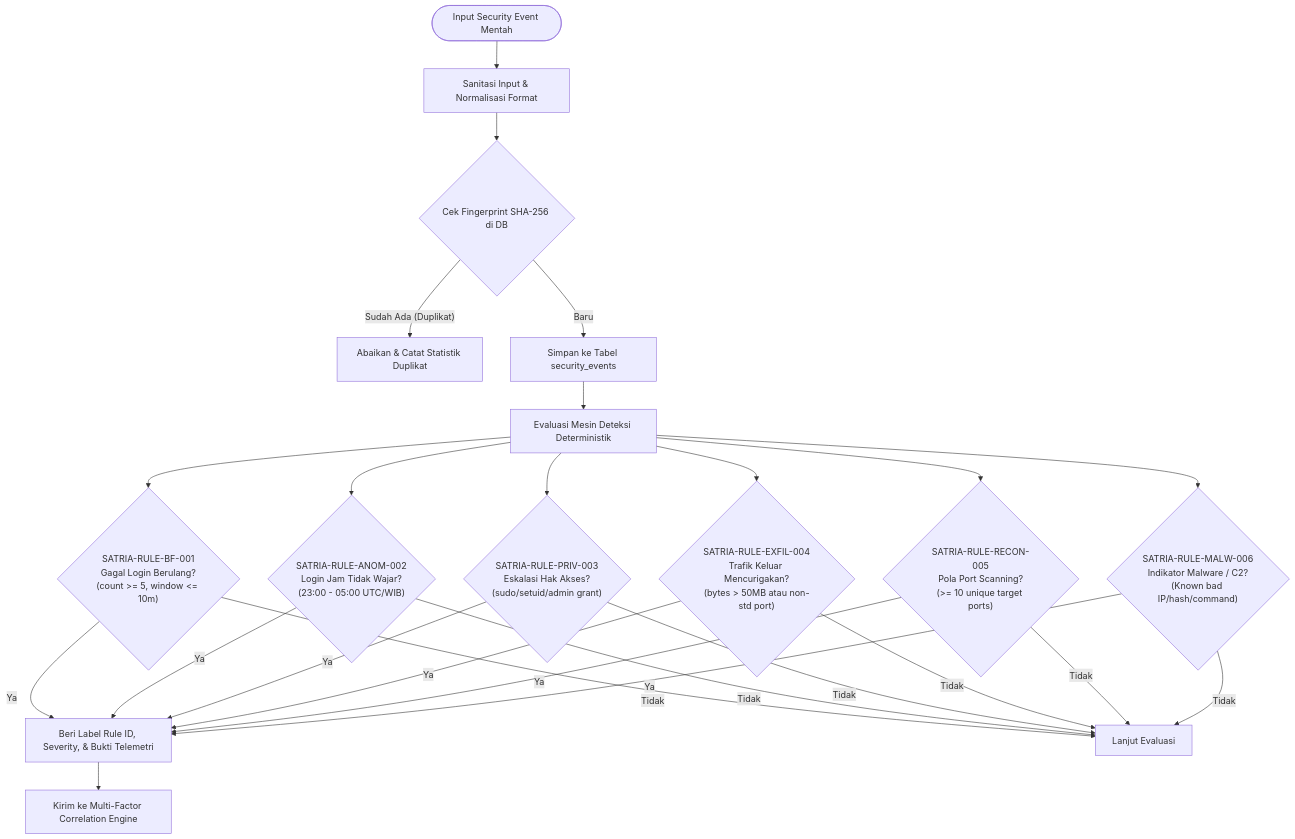
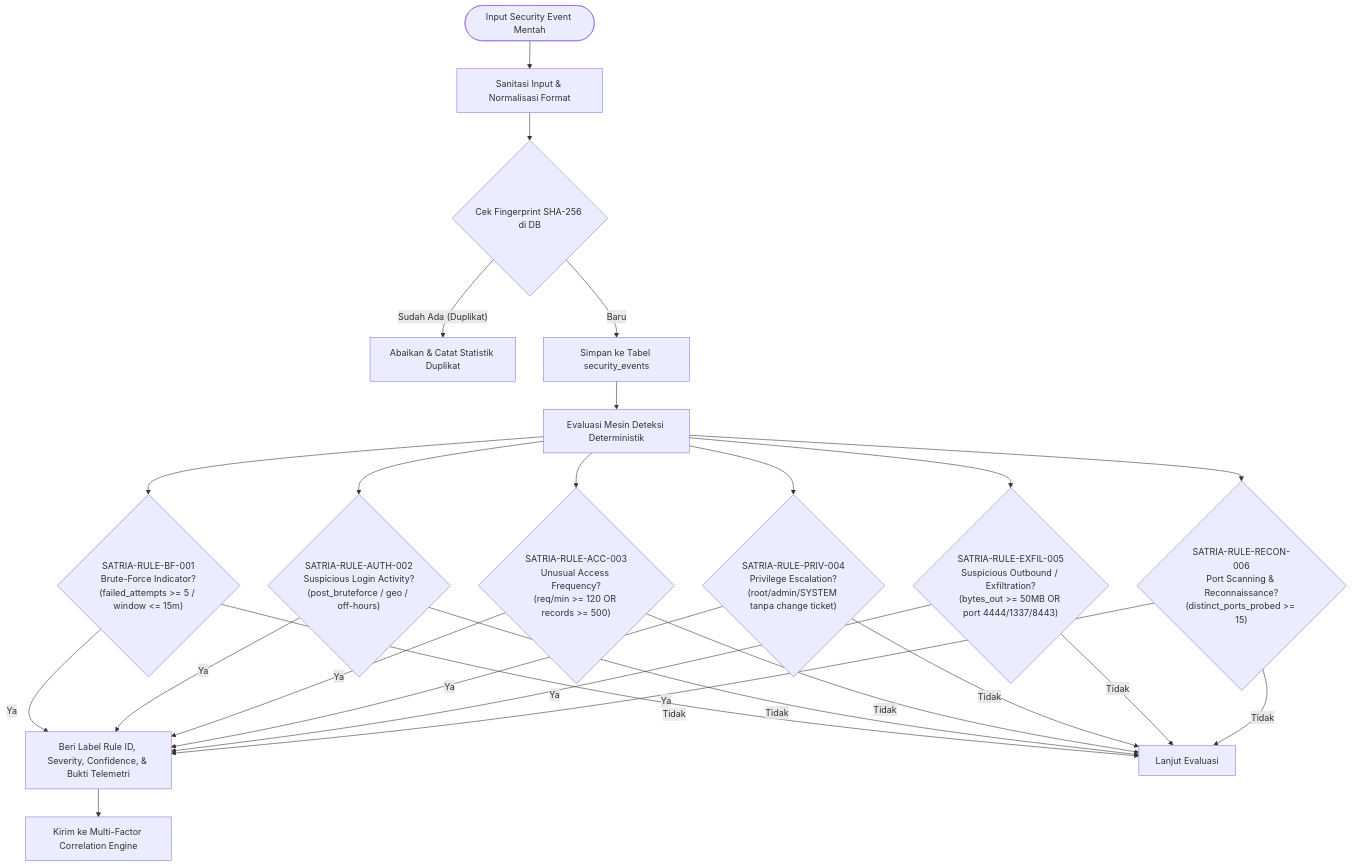
The diagram in docs/diagrams/detection-flow.md (Maverick-list/satria-sentinel), drawn with Mermaid before and after one commit. The commit also changed other lines of this file and 11 other files, not shown here.

````diff
--- a/docs/diagrams/detection-flow.md
+++ b/docs/diagrams/detection-flow.md
@@ -5,32 +5,32 @@
 ```mermaid
 flowchart TD
     StartEvent(["Input Security Event Mentah"]) --> Sanitization["Sanitasi Input & Normalisasi Format"]
     Sanitization --> Deduplication{"Cek Fingerprint SHA-256 di DB"}
     Deduplication -- "Sudah Ada (Duplikat)" --> SkipEvent["Abaikan & Catat Statistik Duplikat"]
     Deduplication -- "Baru" --> InsertDB["Simpan ke Tabel security_events"]
     
     InsertDB --> RuleEngine["Evaluasi Mesin Deteksi Deterministik"]
     
-    RuleEngine --> R1{"SATRIA-RULE-BF-001<br/>Gagal Login Berulang?<br/>(count >= 5, window <= 10m)"}
-    RuleEngine --> R2{"SATRIA-RULE-ANOM-002<br/>Login Jam Tidak Wajar?<br/>(23:00 - 05:00 UTC/WIB)"}
-    RuleEngine --> R3{"SATRIA-RULE-PRIV-003<br/>Eskalasi Hak Akses?<br/>(sudo/setuid/admin grant)"}
-    RuleEngine --> R4{"SATRIA-RULE-EXFIL-004<br/>Trafik Keluar Mencurigakan?<br/>(bytes > 50MB atau non-std port)"}
-    RuleEngine --> R5{"SATRIA-RULE-RECON-005<br/>Pola Port Scanning?<br/>(>= 10 unique target ports)"}
-    RuleEngine --> R6{"SATRIA-RULE-MALW-006<br/>Indikator Malware / C2?<br/>(Known bad IP/hash/command)"}
+    RuleEngine --> R1{"SATRIA-RULE-BF-001<br/>Brute-Force Indicator?<br/>(failed_attempts >= 5 / window <= 15m)"}
+    RuleEngine --> R2{"SATRIA-RULE-AUTH-002<br/>Suspicious Login Activity?<br/>(post_bruteforce / geo / off-hours)"}
+    RuleEngine --> R3{"SATRIA-RULE-ACC-003<br/>Unusual Access Frequency?<br/>(req/min >= 120 OR records >= 500)"}
+    RuleEngine --> R4{"SATRIA-RULE-PRIV-004<br/>Privilege Escalation?<br/>(root/admin/SYSTEM tanpa change ticket)"}
+    RuleEngine --> R5{"SATRIA-RULE-EXFIL-005<br/>Suspicious Outbound / Exfiltration?<br/>(bytes_out >= 50MB OR port 4444/1337/8443)"}
+    RuleEngine --> R6{"SATRIA-RULE-RECON-006<br/>Port Scanning & Reconnaissance?<br/>(distinct_ports_probed >= 15)"}
 
-    R1 -- Ya --> TagFinding["Beri Label Rule ID, Severity, & Bukti Telemetri"]
+    R1 -- Ya --> TagFinding["Beri Label Rule ID, Severity, Confidence, & Bukti Telemetri"]
     R2 -- Ya --> TagFinding
     R3 -- Ya --> TagFinding
     R4 -- Ya --> TagFinding
     R5 -- Ya --> TagFinding
     R6 -- Ya --> TagFinding
 
     R1 -- Tidak --> NextStep["Lanjut Evaluasi"]
     R2 -- Tidak --> NextStep
     R3 -- Tidak --> NextStep
     R4 -- Tidak --> NextStep
     R5 -- Tidak --> NextStep
     R6 -- Tidak --> NextStep
 
     TagFinding --> Correlate["Kirim ke Multi-Factor Correlation Engine"]
 ```
````
